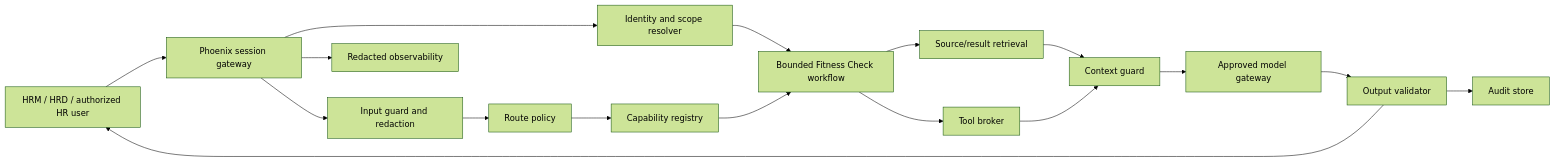
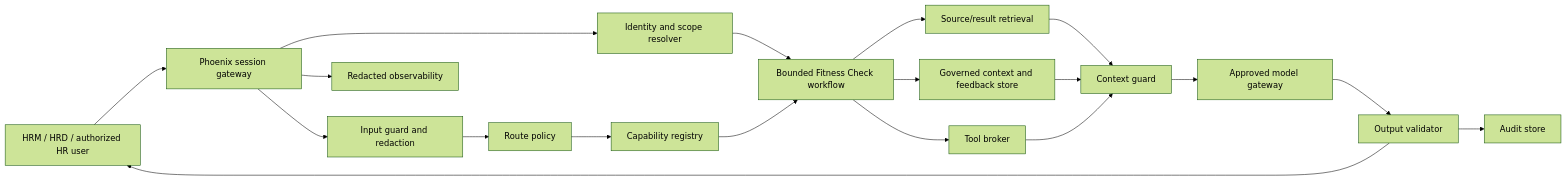
The diagram in docs/Agent-RAG-Alignment-Plan.md (kwallace-chwy/HR-Fitness-Check), drawn with Mermaid (forest theme) before and after one commit. The commit also changed other lines of this file and 22 other files, not shown here.

````diff
--- a/docs/Agent-RAG-Alignment-Plan.md
+++ b/docs/Agent-RAG-Alignment-Plan.md
@@ -23,19 +23,21 @@
 ```mermaid
 flowchart LR
   User["HRM / HRD / authorized HR user"] --> Gateway["Phoenix session gateway"]
   Gateway --> Scope["Identity and scope resolver"]
   Gateway --> InputGuard["Input guard and redaction"]
   InputGuard --> Router["Route policy"]
   Router --> Capability["Capability registry"]
   Scope --> Orchestrator["Bounded Fitness Check workflow"]
   Capability --> Orchestrator
   Orchestrator --> Retrieval["Source/result retrieval"]
+  Orchestrator --> ContextStore["Governed context and feedback store"]
   Orchestrator --> Broker["Tool broker"]
   Retrieval --> Context["Context guard"]
+  ContextStore --> Context
   Broker --> Context
   Context --> Model["Approved model gateway"]
   Model --> Output["Output validator"]
   Output --> User
   Gateway --> Trace["Redacted observability"]
   Output --> Audit["Audit store"]
 ```
````
